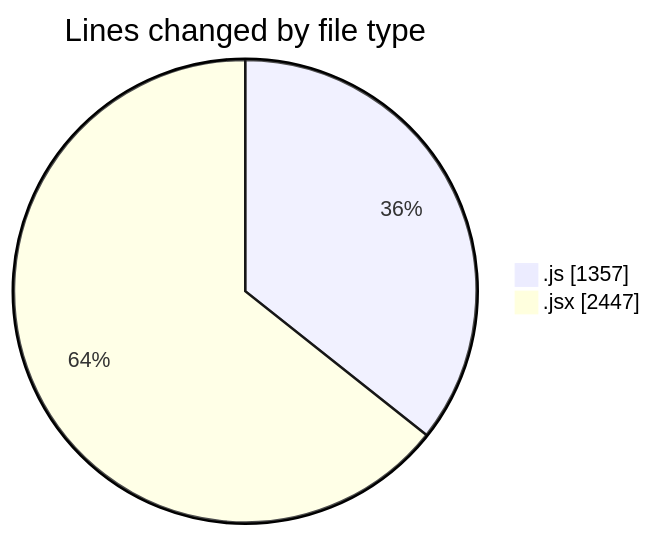
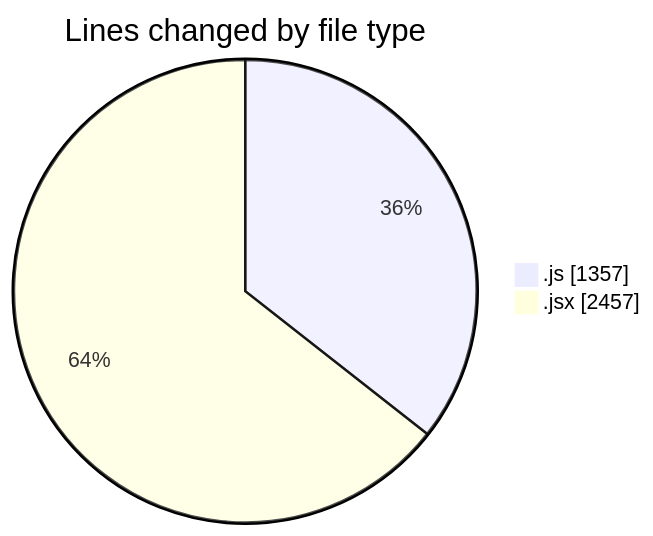
The first of 2 diagrams in 2025-08-05/nxtqube_webapp/README.md (nxtqubesakshisongat/code-tracking), drawn with Mermaid before and after one commit. The commit also changed other lines of this file and 1 other file, not shown here.

````diff
--- a/2025-08-05/nxtqube_webapp/README.md
+++ b/2025-08-05/nxtqube_webapp/README.md
@@ -27,6 +27,6 @@
 ```mermaid
 pie showData
 title Lines changed by file type
 ".js" : 1357
-".jsx" : 2447
+".jsx" : 2457
 ```
````
